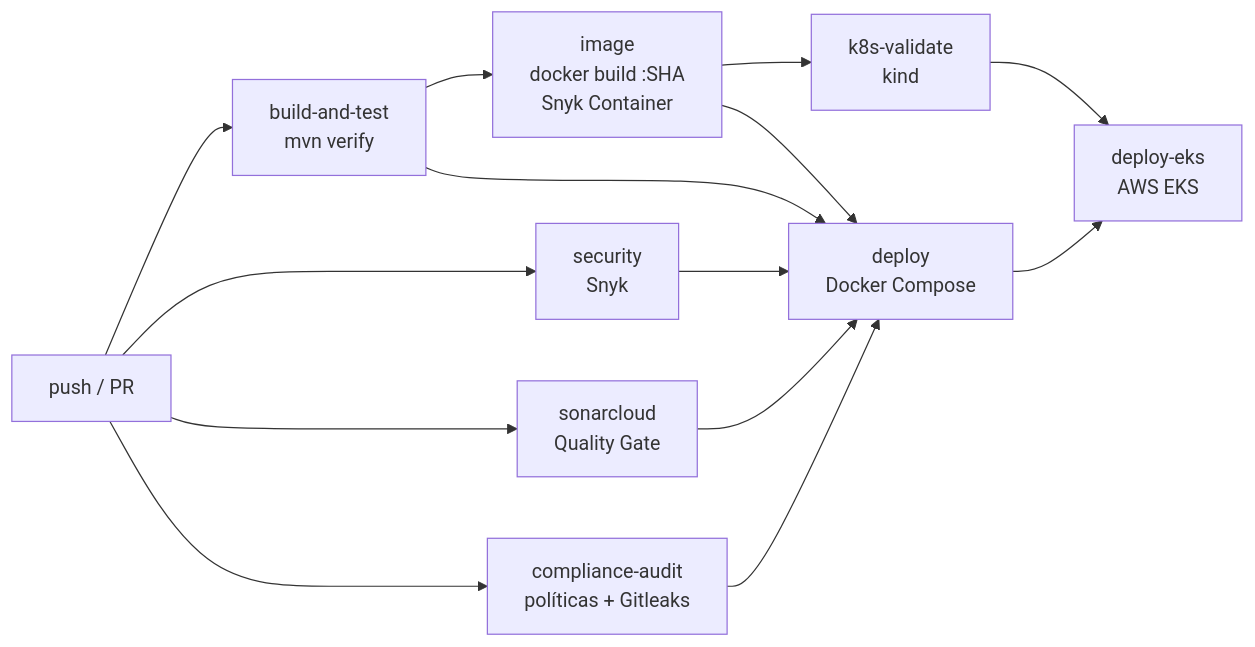
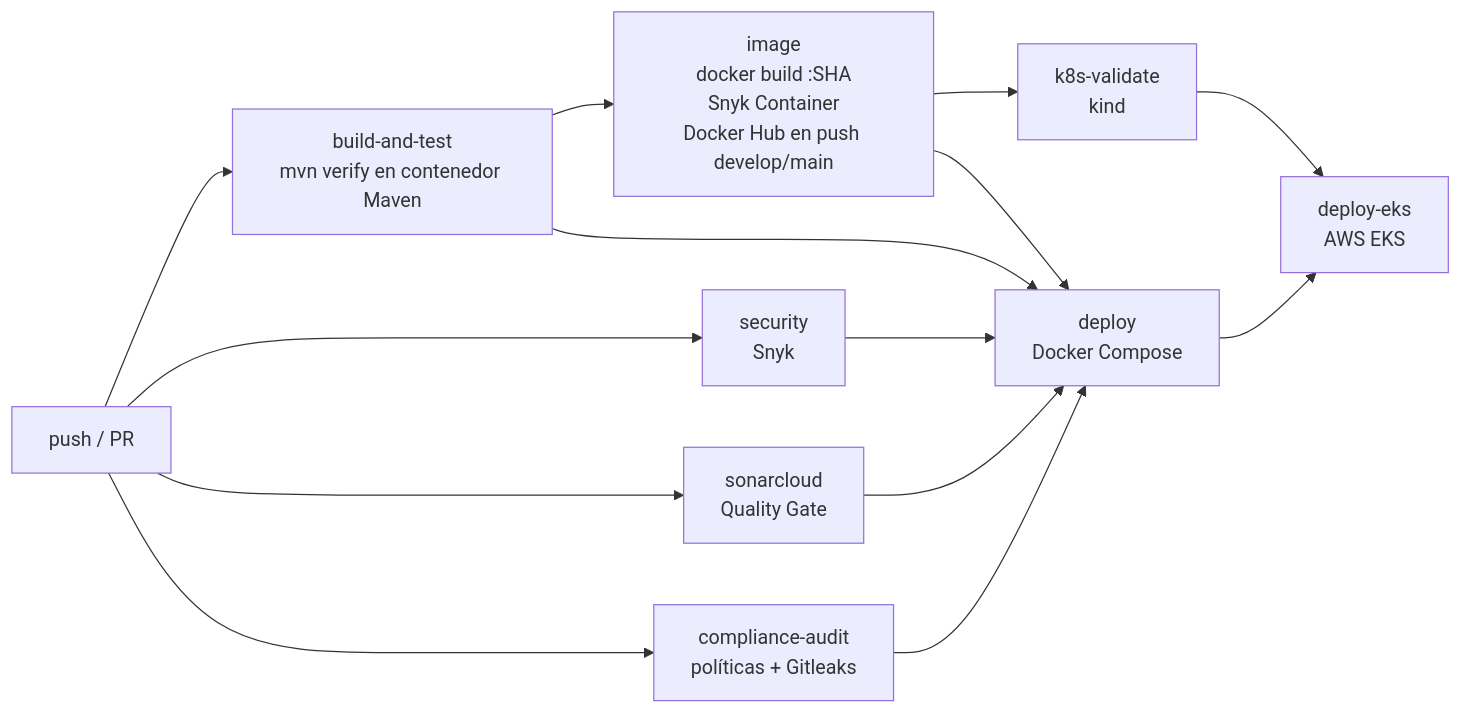
Before and after one commit to rocio-mino/LogiFast-Envios: the diagram in README.md, drawn with Mermaid. The commit also changed other lines of this file and 2 other files, not shown here.

Commit message:
ci: ejecuta pruebas en contenedor y publica imagen en Docker Hub

````diff
--- a/README.md
+++ b/README.md
@@ -348,11 +348,11 @@
 ```mermaid
 flowchart LR
-    A[push / PR] --> B[build-and-test<br/>mvn verify]
+    A[push / PR] --> B[build-and-test<br/>mvn verify en contenedor Maven]
     A --> C[security<br/>Snyk]
     A --> S[sonarcloud<br/>Quality Gate]
     A --> Q[compliance-audit<br/>políticas + Gitleaks]
-    B --> D[image<br/>docker build :SHA<br/>Snyk Container]
+    B --> D[image<br/>docker build :SHA<br/>Snyk Container<br/>Docker Hub en push develop/main]
     D --> K[k8s-validate<br/>kind]
     B & C & S & Q & D --> E[deploy<br/>Docker Compose]
     E & K --> X[deploy-eks<br/>AWS EKS]
 ```
````
